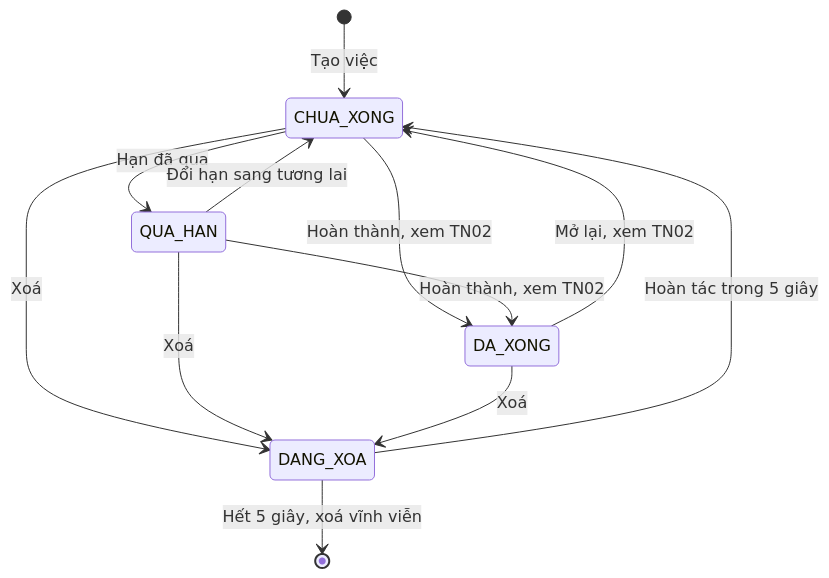
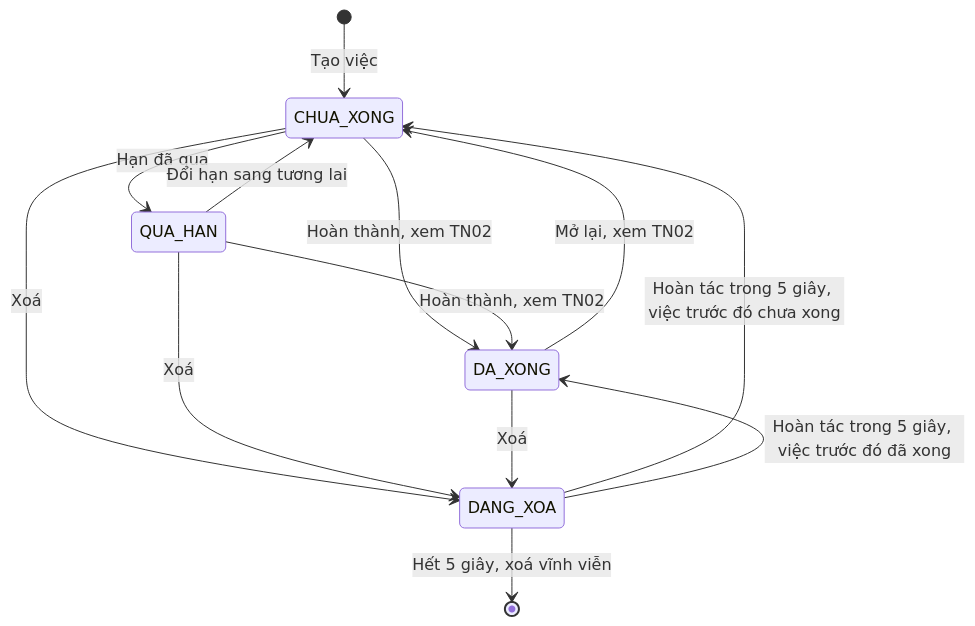
One commit to uxfoundation-vn/de01-quan-ly-cong-viec-ca-nhan changed the first of 7 diagrams in docs/TN01-quan-ly-task/SRS.md. Above: the diagram before and after it, drawn with Mermaid. The commit also changed other lines of this file and 2 other files, not shown here.

Commit message:
Sửa lỗi mã và bổ sung case còn thiếu trong các luồng
- Đồng bộ sơ đồ trạng thái với quy tắc nghiệp vụ và giữa README với SRS
- Bổ sung luồng thay thế, luồng lỗi còn thiếu (đánh dấu [giả định])
- Sửa mã trùng, dải mã sai, bổ sung mô tả màn hình còn thiếu

Claude-Session: https://claude.ai/code/session_01HUg38hzVubXDdtzuQHZvo4

````diff
--- a/docs/TN01-quan-ly-task/SRS.md
+++ b/docs/TN01-quan-ly-task/SRS.md
@@ -50,14 +50,15 @@
 ```mermaid
 stateDiagram-v2
   [*] --> CHUA_XONG : Tạo việc
   CHUA_XONG --> QUA_HAN : Hạn đã qua
   QUA_HAN --> CHUA_XONG : Đổi hạn sang tương lai
   CHUA_XONG --> DA_XONG : Hoàn thành, xem TN02
   QUA_HAN --> DA_XONG : Hoàn thành, xem TN02
   DA_XONG --> CHUA_XONG : Mở lại, xem TN02
   CHUA_XONG --> DANG_XOA : Xoá
   QUA_HAN --> DANG_XOA : Xoá
   DA_XONG --> DANG_XOA : Xoá
-  DANG_XOA --> CHUA_XONG : Hoàn tác trong 5 giây
+  DANG_XOA --> CHUA_XONG : Hoàn tác trong 5 giây, việc trước đó chưa xong
+  DANG_XOA --> DA_XONG : Hoàn tác trong 5 giây, việc trước đó đã xong
   DANG_XOA --> [*] : Hết 5 giây, xoá vĩnh viễn
 ```
````
